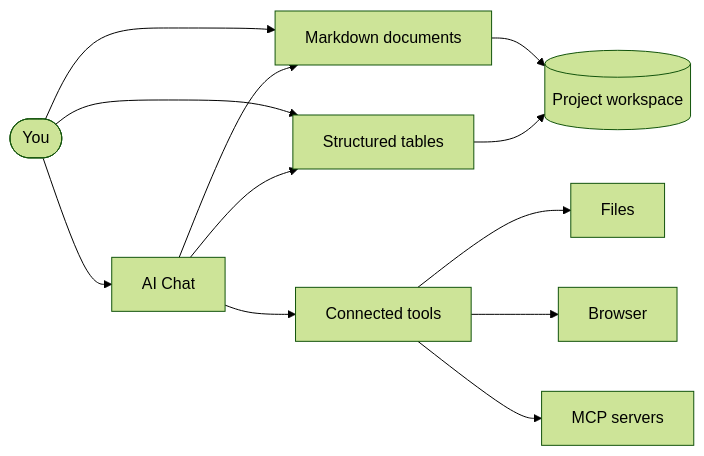
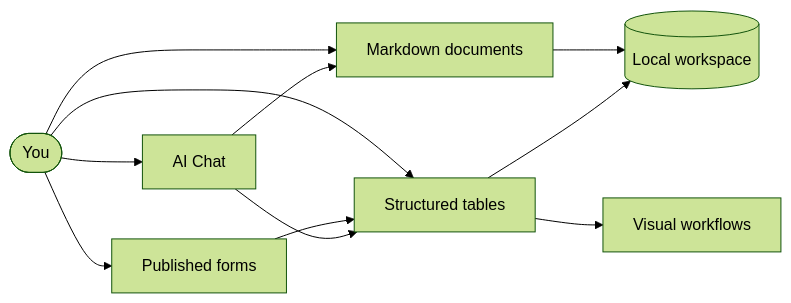
The diagram in public/onboarding/welcome.md (KitionAI/kition), drawn with Mermaid (forest theme) before and after one commit. The commit also changed other lines of this file and 13 other files, not shown here.

````diff
--- a/public/onboarding/welcome.md
+++ b/public/onboarding/welcome.md
@@ -19,14 +20,13 @@
 ```mermaid
 flowchart LR
     You([You]) --> Docs[Markdown documents]
     You --> Tables[Structured tables]
+    You --> Forms[Published forms]
     You --> Chat[AI Chat]
+    Forms --> Tables
     Chat --> Docs
     Chat --> Tables
-    Chat --> Tools[Connected tools]
-    Docs --> Workspace[(Project workspace)]
+    Tables --> Workflows[Visual workflows]
+    Docs --> Workspace[(Local workspace)]
     Tables --> Workspace
-    Tools --> Files[Files]
-    Tools --> Browser[Browser]
-    Tools --> MCP[MCP servers]
 ```
````
